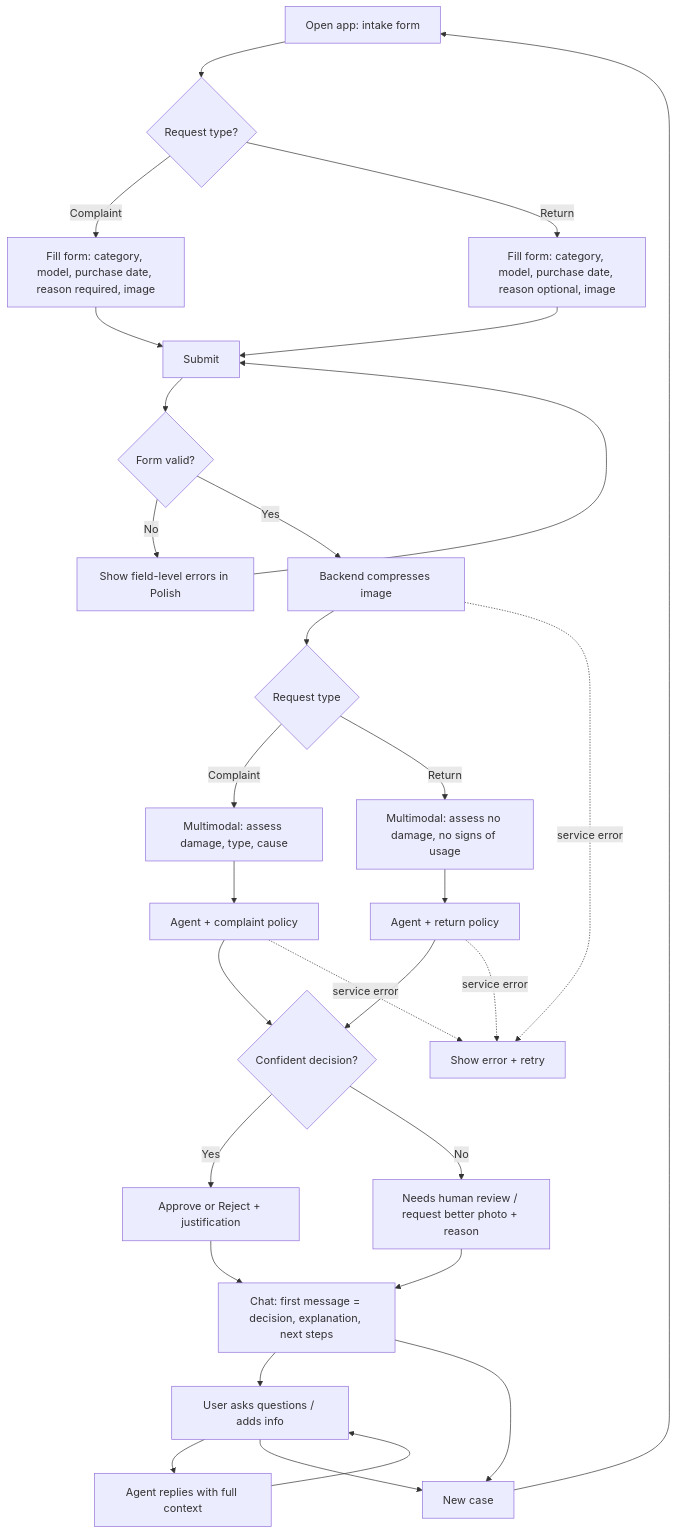
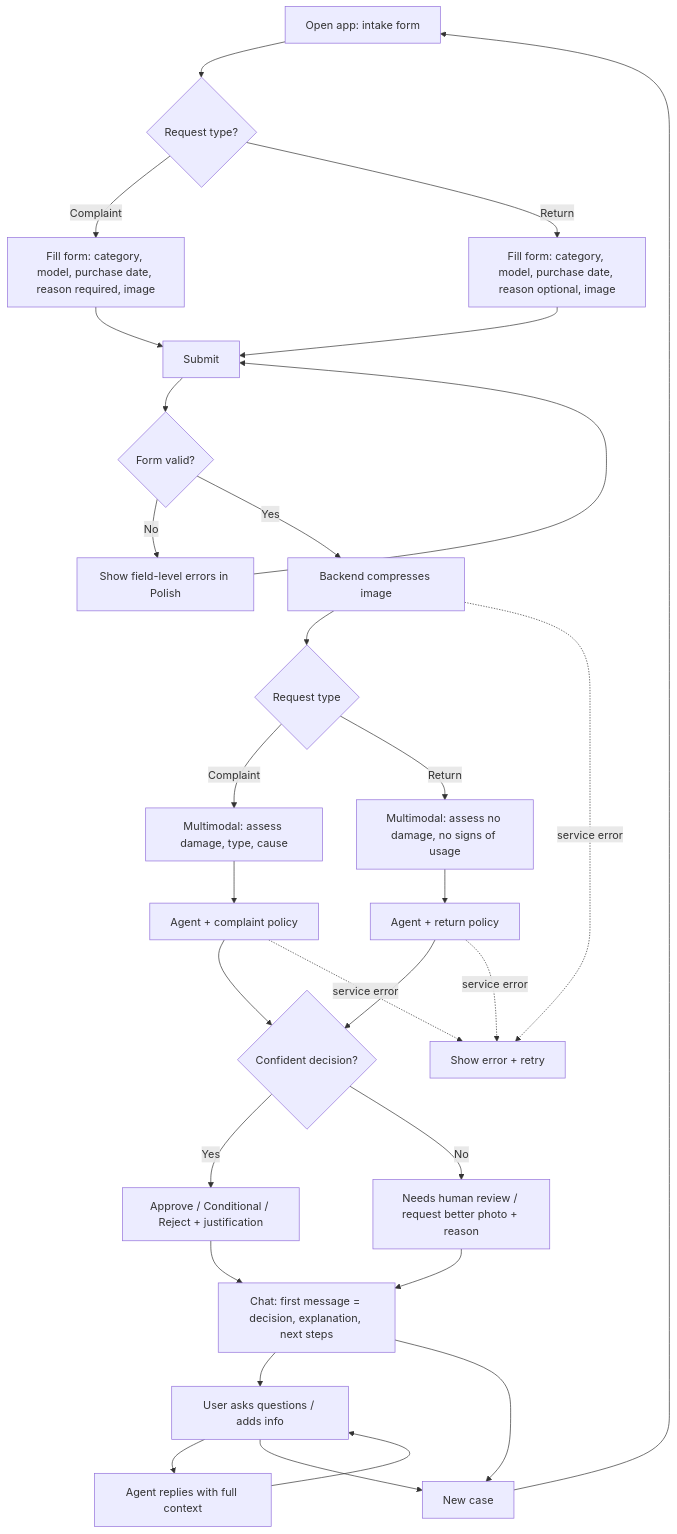
Before and after one commit to w-lowczecki/AI-Programming-Course-JSystem-15-06-2026: the diagram in docs/PRD-Hardware-Service-Decision-Copilot.md, drawn with Mermaid. The commit also changed other lines of this file, not shown here.

Commit message:
Docs: confirm PRD decisions (4 verdicts incl. Conditional)

````diff
--- a/docs/PRD-Hardware-Service-Decision-Copilot.md
+++ b/docs/PRD-Hardware-Service-Decision-Copilot.md
@@ -192,31 +192,31 @@
 ```mermaid
 flowchart TD
     A[Open app: intake form] --> B{Request type?}
     B -->|Complaint| C[Fill form: category, model, purchase date, reason required, image]
     B -->|Return| D[Fill form: category, model, purchase date, reason optional, image]
     C --> E[Submit]
     D --> E[Submit]
     E --> F{Form valid?}
     F -->|No| G[Show field-level errors in Polish] --> E
     F -->|Yes| H[Backend compresses image]
     H --> I{Request type}
     I -->|Complaint| J[Multimodal: assess damage, type, cause]
     I -->|Return| K[Multimodal: assess no damage, no signs of usage]
     J --> L[Agent + complaint policy]
     K --> M[Agent + return policy]
     L --> N{Confident decision?}
     M --> N
-    N -->|Yes| O[Approve or Reject + justification]
+    N -->|Yes| O[Approve / Conditional / Reject + justification]
     N -->|No| P[Needs human review / request better photo + reason]
     O --> Q[Chat: first message = decision, explanation, next steps]
     P --> Q
     Q --> R[User asks questions / adds info]
     R --> S[Agent replies with full context]
     S --> R
     Q --> T[New case]
     R --> T
     T --> A
     H -. service error .-> U[Show error + retry]
     L -. service error .-> U
     M -. service error .-> U
 ```
````
